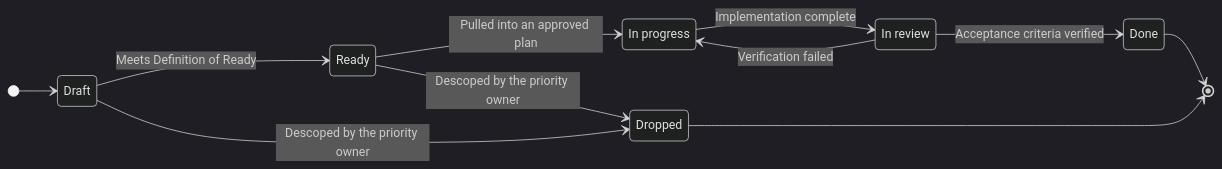
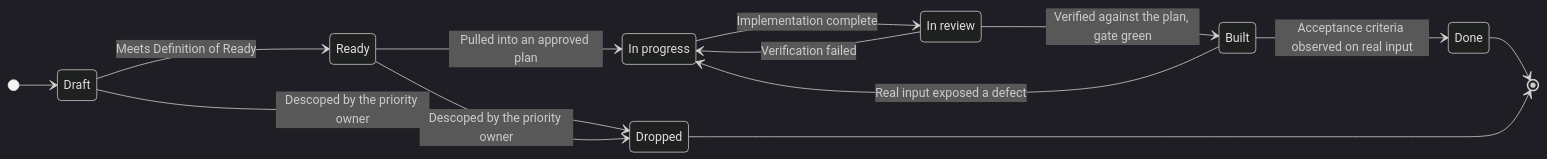
The first of 3 diagrams in templates/02-requirements.md (HansJoakimPersson/clarity-framework), drawn with Mermaid (dark theme) before and after one commit. The commit also changed other lines of this file and 64 other files, not shown here.

````diff
--- a/templates/02-requirements.md
+++ b/templates/02-requirements.md
@@ -115,17 +115,19 @@
 ```mermaid
 stateDiagram-v2
     direction LR
     state "In progress" as InProgress
     state "In review" as InReview
 
     [*] --> Draft
     Draft --> Ready: Meets Definition of Ready
     Ready --> InProgress: Pulled into an approved plan
     InProgress --> InReview: Implementation complete
-    InReview --> Done: Acceptance criteria verified
+    InReview --> Built: Verified against the plan, gate green
     InReview --> InProgress: Verification failed
+    Built --> Done: Acceptance criteria observed on real input
+    Built --> InProgress: Real input exposed a defect
     Draft --> Dropped: Descoped by the priority owner
     Ready --> Dropped: Descoped by the priority owner
     Done --> [*]
     Dropped --> [*]
 ```
````
